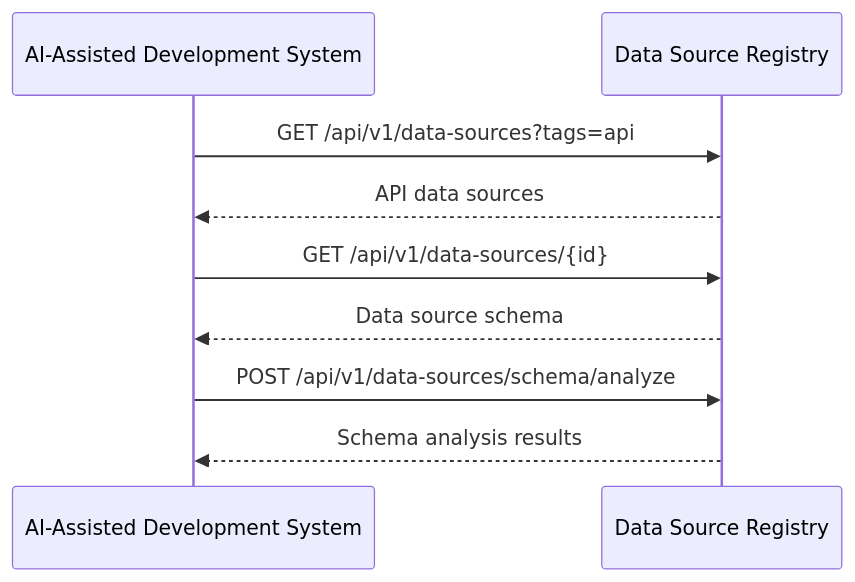
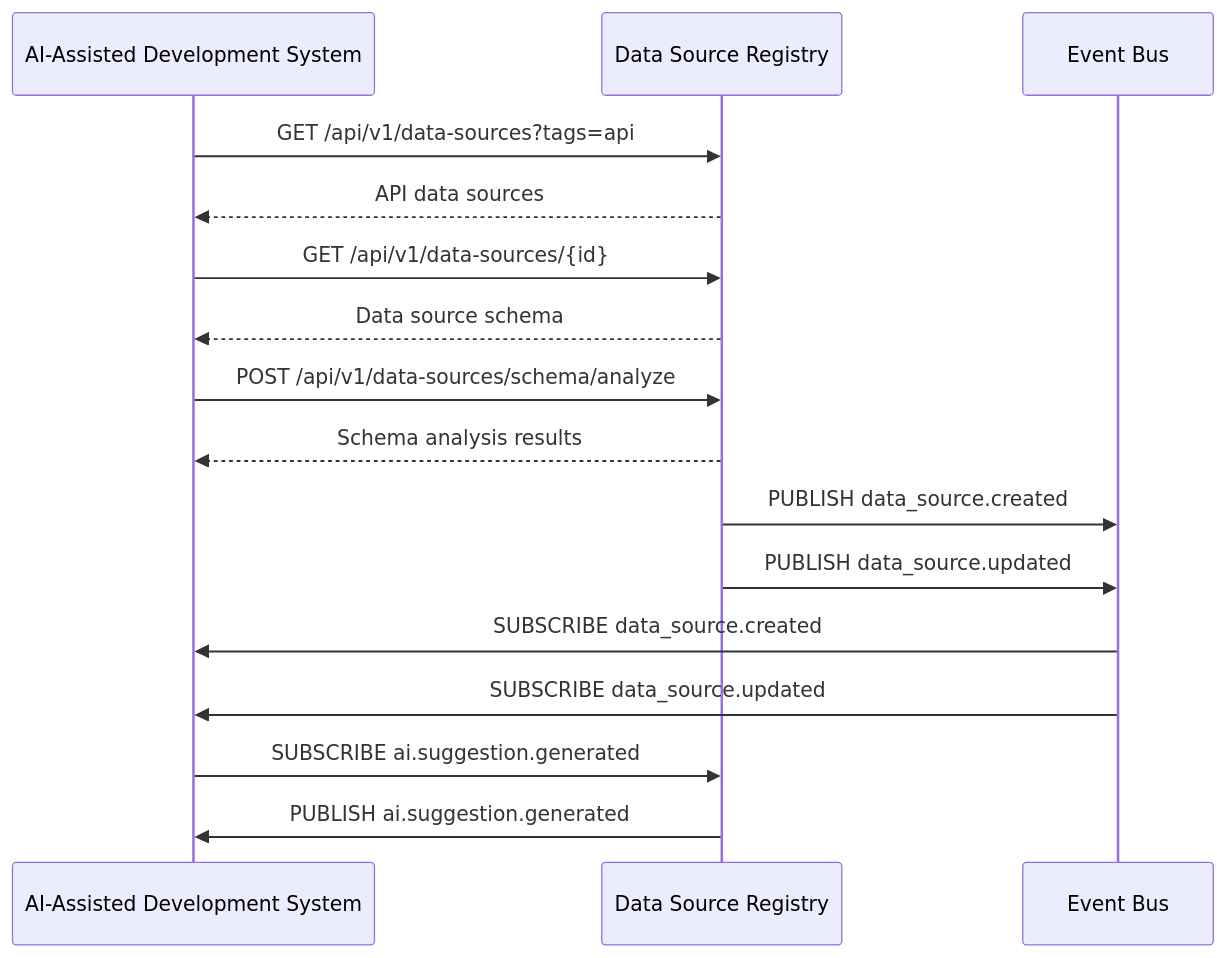
One commit to iiooiioo888/god_fo_python changed the third of 4 diagrams in doc/ch1.md. Above: the diagram before and after it, drawn with Mermaid. The commit also changed other lines of this file, not shown here.

````diff
--- a/doc/ch1.md
+++ b/doc/ch1.md
@@ -1738,14 +3235,23 @@
 ```mermaid
 sequenceDiagram
     participant AIDS as AI-Assisted Development System
     participant DSR as Data Source Registry
+    participant EventBus as Event Bus
     
     AIDS->>DSR: GET /api/v1/data-sources?tags=api
     DSR-->>AIDS: API data sources
     
     AIDS->>DSR: GET /api/v1/data-sources/{id}
     DSR-->>AIDS: Data source schema
     
     AIDS->>DSR: POST /api/v1/data-sources/schema/analyze
     DSR-->>AIDS: Schema analysis results
+    
+    DSR->>EventBus: PUBLISH data_source.created
+    DSR->>EventBus: PUBLISH data_source.updated
+    EventBus->>AIDS: SUBSCRIBE data_source.created
+    EventBus->>AIDS: SUBSCRIBE data_source.updated
+    
+    AIDS->>DSR: SUBSCRIBE ai.suggestion.generated
+    DSR->>AIDS: PUBLISH ai.suggestion.generated
 ```
````
